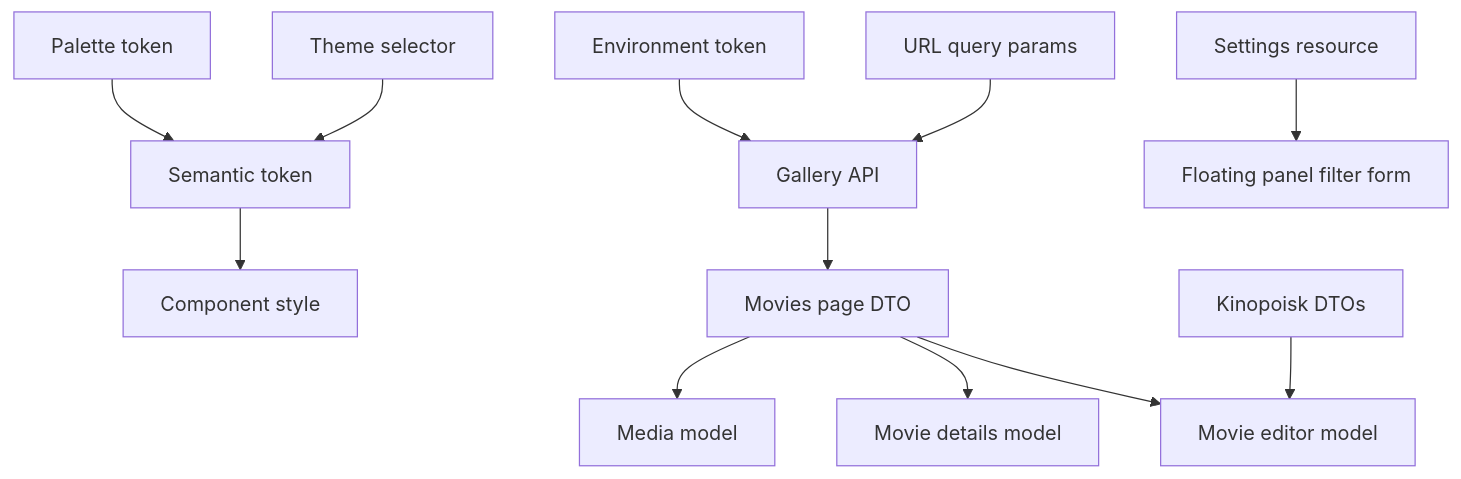
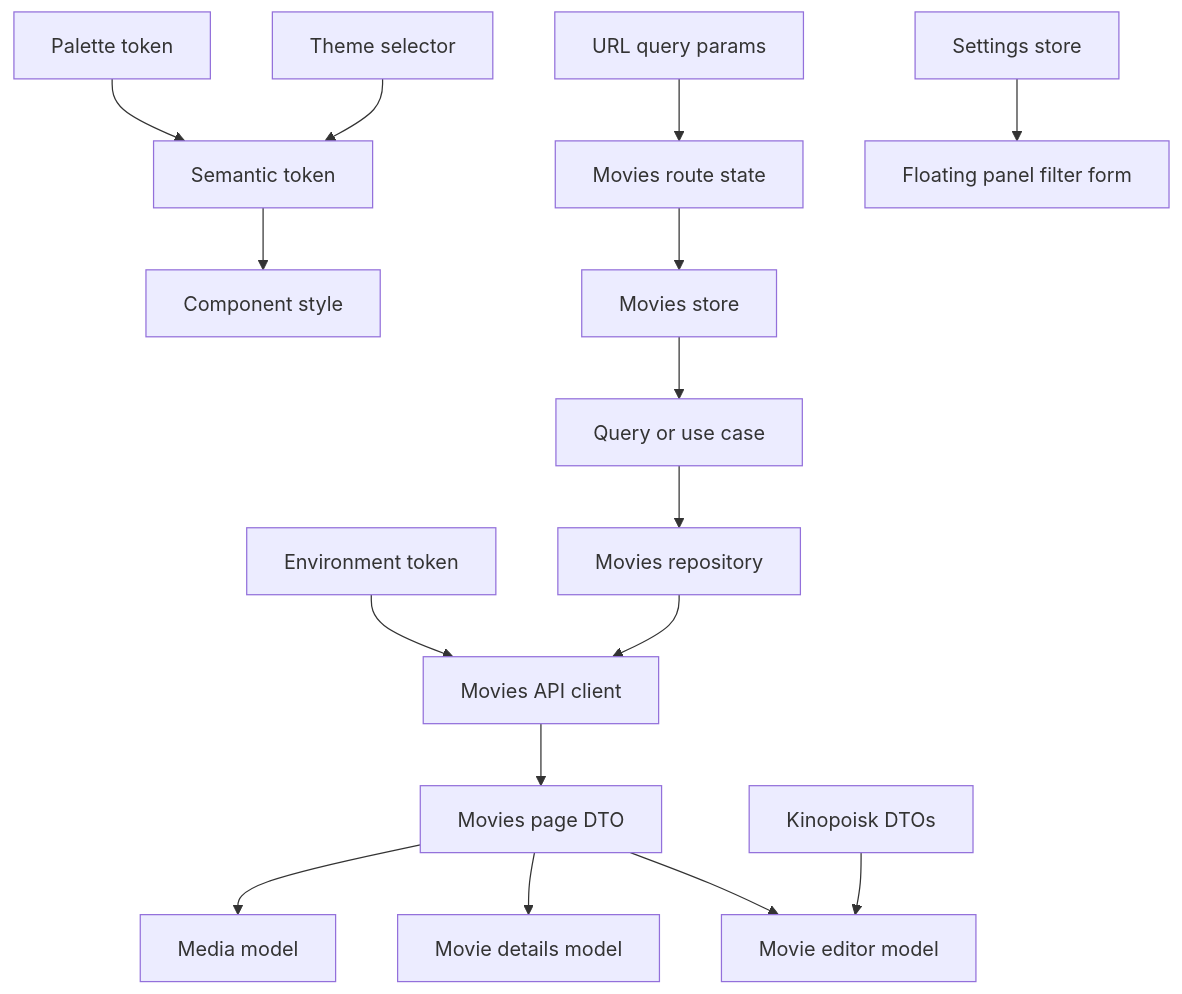
The diagram in lode/terminology.md (Zwezh/media-shelf), drawn with Mermaid before and after one commit. The commit also changed other lines of this file and 75 other files, not shown here.

Commit message:
refactor gallery architecture boundaries

````diff
--- a/lode/terminology.md
+++ b/lode/terminology.md
@@ -49,14 +55,18 @@
 ```mermaid
 flowchart TD
   Palette[Palette token] --> Semantic[Semantic token]
   Semantic --> Component[Component style]
   Theme[Theme selector] --> Semantic
-  Environment[Environment token] --> GalleryAPI[Gallery API]
-  Query[URL query params] --> GalleryAPI
-  SettingsResource[Settings resource] --> FilterPanel[Floating panel filter form]
-  GalleryAPI --> DTO[Movies page DTO]
+  Query[URL query params] --> RouteState[Movies route state]
+  RouteState --> Store[Movies store]
+  Store --> Application[Query or use case]
+  Application --> Repository[Movies repository]
+  Environment[Environment token] --> Client[Movies API client]
+  Repository --> Client
+  SettingsStore[Settings store] --> FilterPanel[Floating panel filter form]
+  Client --> DTO[Movies page DTO]
   DTO --> Model[Media model]
   DTO --> Details[Movie details model]
   DTO --> Editor[Movie editor model]
   Kinopoisk[Kinopoisk DTOs] --> Editor
 ```
````
